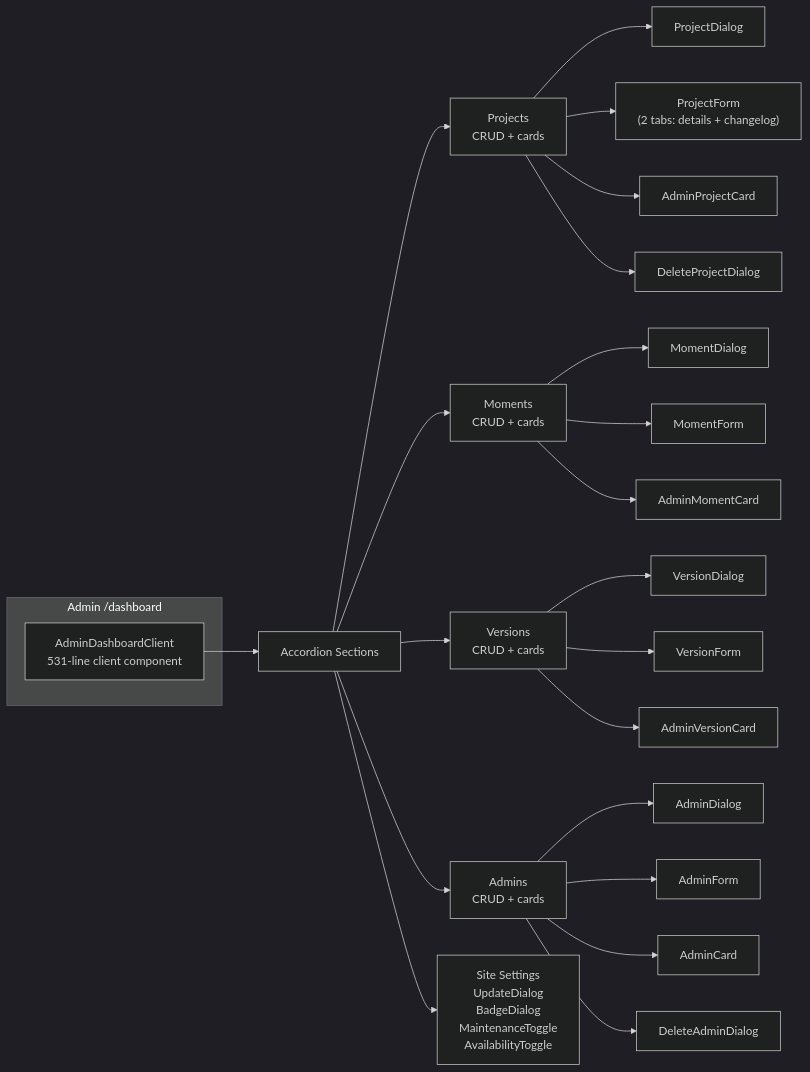
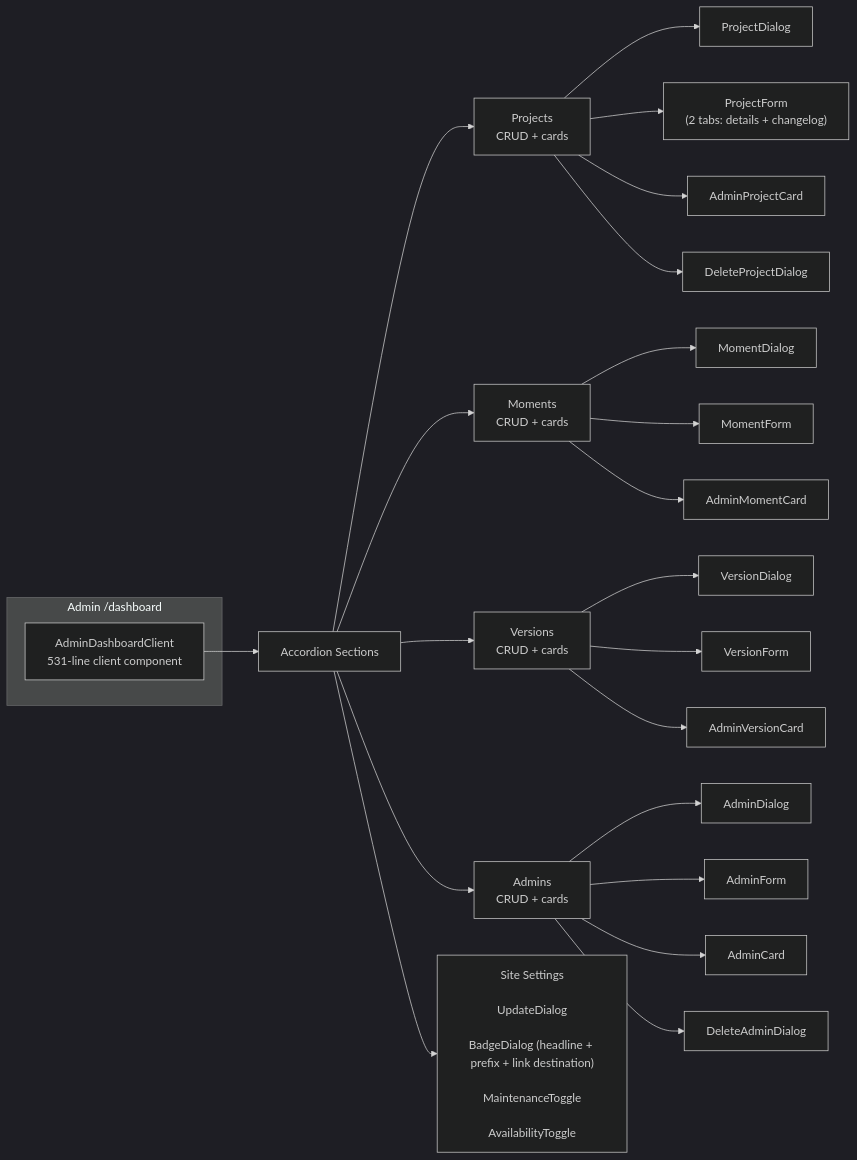
One commit to ddrayko/portfolio changed the fourth of 5 diagrams in README.md. Above: the diagram before and after it, drawn with Mermaid (dark theme).

Commit message:
docs: add badge dialog details to admin component tree

````diff
--- a/README.md
+++ b/README.md
@@ -201,42 +201,42 @@
 ```mermaid
 flowchart LR
     subgraph Admin["Admin /dashboard"]
         Dashboard["AdminDashboardClient
                   531-line client component"]
     end
 
     Dashboard --> Sections["Accordion Sections"]
     
     Sections --> Section1["Projects
                            CRUD + cards"]
     Sections --> Section2["Moments
                            CRUD + cards"]
     Sections --> Section3["Versions
                            CRUD + cards"]
     Sections --> Section4["Admins
                            CRUD + cards"]
     Sections --> Section5["Site Settings
                            UpdateDialog
-                           BadgeDialog
+                           BadgeDialog (headline + prefix + link destination)
                            MaintenanceToggle
                            AvailabilityToggle"]
 
     Section1 --> ProjDialog["ProjectDialog"]
     Section1 --> ProjForm["ProjectForm
                            (2 tabs: details + changelog)"]
     Section1 --> ProjCard["AdminProjectCard"]
     Section1 --> DeleteProj["DeleteProjectDialog"]
 
     Section2 --> MomDialog["MomentDialog"]
     Section2 --> MomForm["MomentForm"]
     Section2 --> MomCard["AdminMomentCard"]
 
     Section3 --> VerDialog["VersionDialog"]
     Section3 --> VerForm["VersionForm"]
     Section3 --> VerCard["AdminVersionCard"]
 
     Section4 --> AdmDialog["AdminDialog"]
     Section4 --> AdmForm["AdminForm"]
     Section4 --> AdmCard["AdminCard"]
     Section4 --> DeleteAdm["DeleteAdminDialog"]
 ```
````
